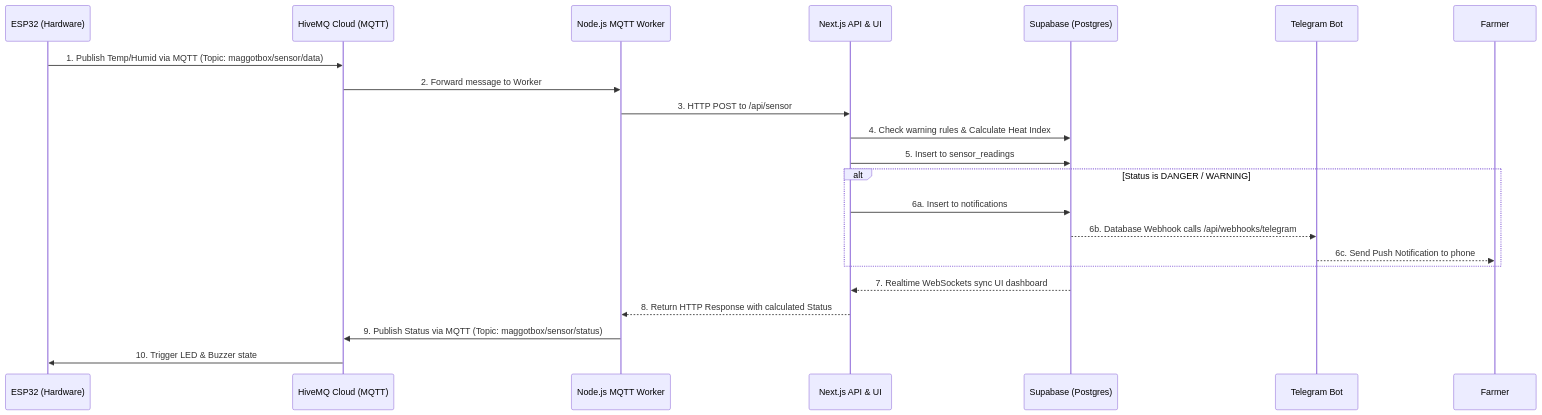
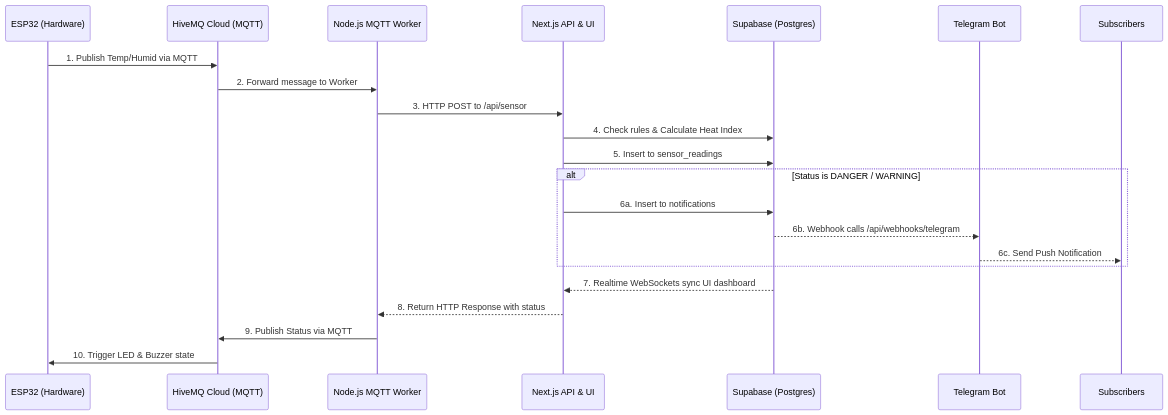
Before and after one commit to boyishwara/omaggot: the diagram in README.md, drawn with Mermaid. The commit also changed other lines of this file, not shown here.

````diff
--- a/README.md
+++ b/README.md
@@ -9,27 +9,27 @@
 ```mermaid
 sequenceDiagram
     participant ESP32 as ESP32 (Hardware)
     participant HiveMQ as HiveMQ Cloud (MQTT)
     participant Worker as Node.js MQTT Worker
     participant NextJS as Next.js API & UI
     participant Supabase as Supabase (Postgres)
     participant Telegram as Telegram Bot
     
-    ESP32->>HiveMQ: 1. Publish Temp/Humid via MQTT (Topic: maggotbox/sensor/data)
+    ESP32->>HiveMQ: 1. Publish Temp/Humid via MQTT
     HiveMQ->>Worker: 2. Forward message to Worker
     Worker->>NextJS: 3. HTTP POST to /api/sensor
     
-    NextJS->>Supabase: 4. Check warning rules & Calculate Heat Index
+    NextJS->>Supabase: 4. Check rules & Calculate Heat Index
     NextJS->>Supabase: 5. Insert to sensor_readings
     
     alt Status is DANGER / WARNING
         NextJS->>Supabase: 6a. Insert to notifications
-        Supabase-->>Telegram: 6b. Database Webhook calls /api/webhooks/telegram
-        Telegram-->>Farmer: 6c. Send Push Notification to phone
+        Supabase-->>Telegram: 6b. Webhook calls /api/webhooks/telegram
+        Telegram-->>Subscribers: 6c. Send Push Notification
     end
     
     Supabase-->>NextJS: 7. Realtime WebSockets sync UI dashboard
-    NextJS-->>Worker: 8. Return HTTP Response with calculated Status
-    Worker->>HiveMQ: 9. Publish Status via MQTT (Topic: maggotbox/sensor/status)
+    NextJS-->>Worker: 8. Return HTTP Response with status
+    Worker->>HiveMQ: 9. Publish Status via MQTT
     HiveMQ->>ESP32: 10. Trigger LED & Buzzer state
 ```
````
